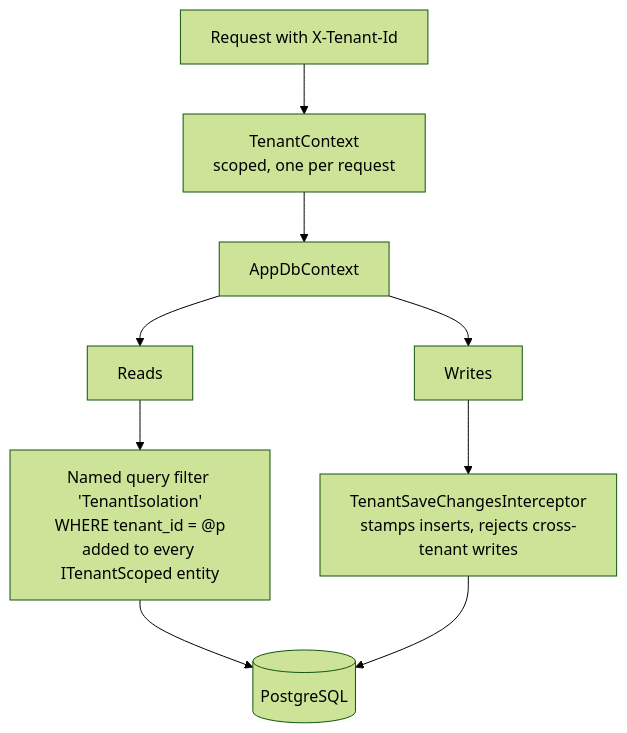
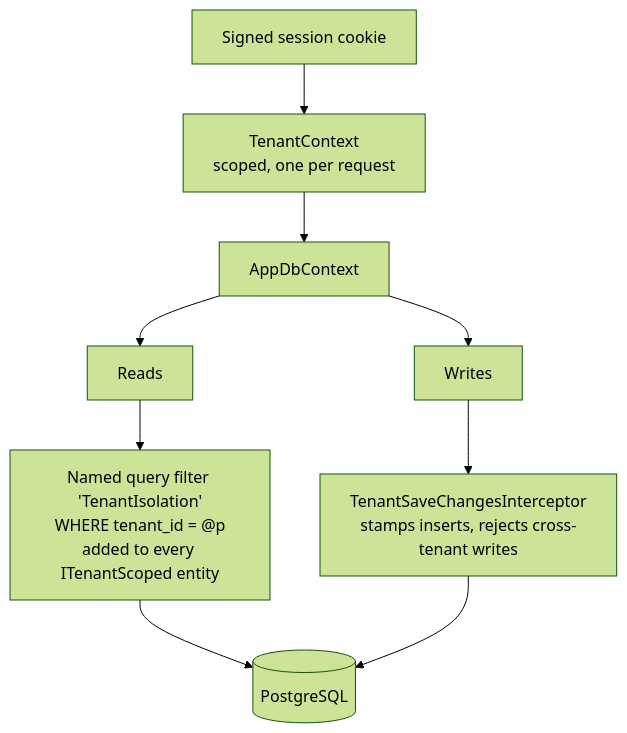
The third of 4 diagrams in docs/ARCHITECTURE.md (Abdulla12212/zenvokra-hr), drawn with Mermaid (forest theme) before and after one commit. The commit also changed other lines of this file and 104 other files, not shown here.

````diff
--- a/docs/ARCHITECTURE.md
+++ b/docs/ARCHITECTURE.md
@@ -111,14 +110,14 @@
 ```mermaid
 flowchart TD
-    Req["Request with X-Tenant-Id"] --> TC["TenantContext<br/>scoped, one per request"]
+    Req["Signed session cookie"] --> TC["TenantContext<br/>scoped, one per request"]
     TC --> Ctx["AppDbContext"]
 
     Ctx --> Read["Reads"]
     Ctx --> Write["Writes"]
 
     Read --> QF["Named query filter 'TenantIsolation'<br/>WHERE tenant_id = @p<br/>added to every ITenantScoped entity"]
     Write --> SI["TenantSaveChangesInterceptor<br/>stamps inserts, rejects cross-tenant writes"]
 
     QF --> Pg[("PostgreSQL")]
     SI --> Pg
 ```
````
